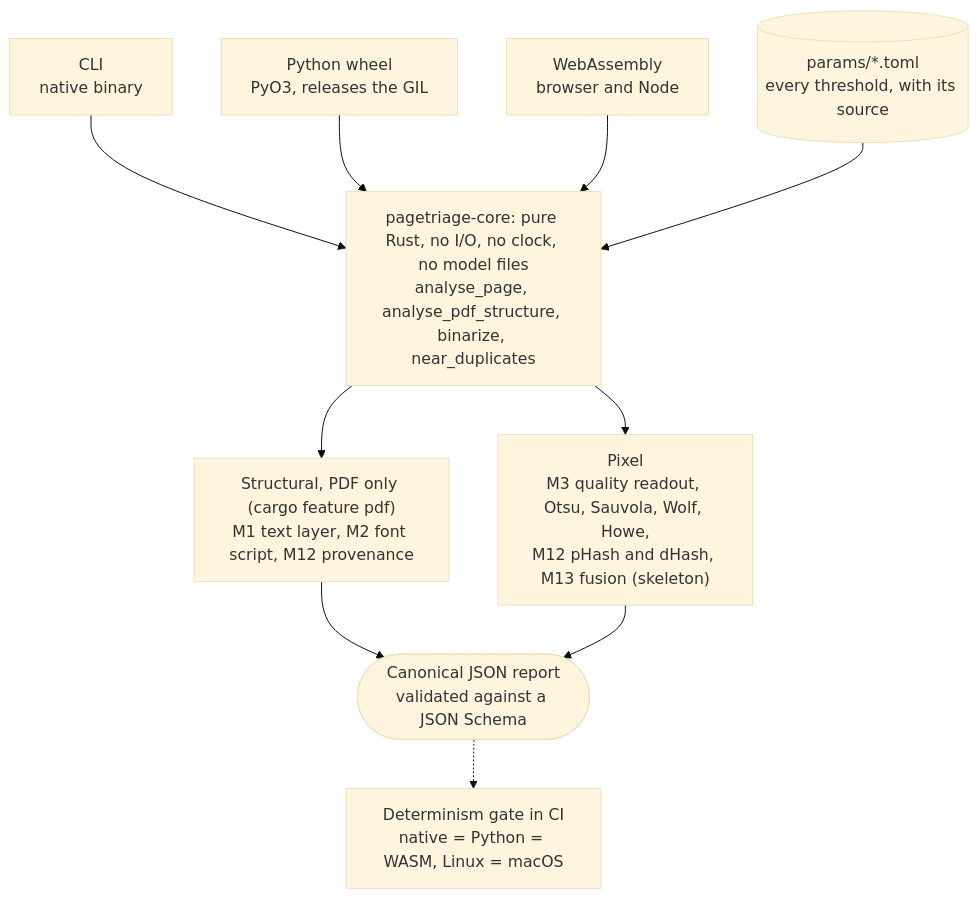
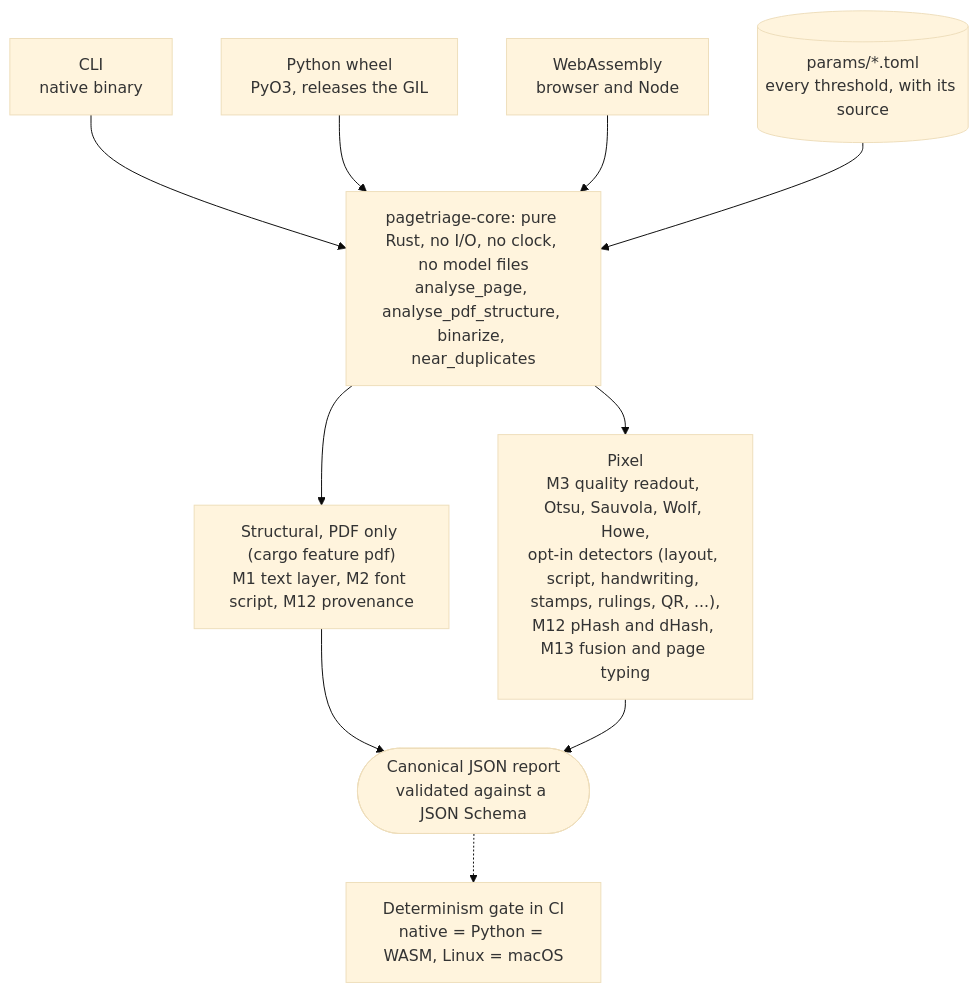
The first of 2 diagrams in README.md (jtushar53/pagetriage), drawn with Mermaid (base theme) before and after one commit. The commit also changed other lines of this file, not shown here.

````diff
--- a/README.md
+++ b/README.md
@@ -199,21 +201,21 @@
 ```mermaid
 flowchart TB
   cli["CLI<br/>native binary"]
   py["Python wheel<br/>PyO3, releases the GIL"]
   wasm["WebAssembly<br/>browser and Node"]
   params[("params/*.toml<br/>every threshold, with its source")]
   core["pagetriage-core: pure Rust, no I/O, no clock, no model files<br/>analyse_page, analyse_pdf_structure, binarize, near_duplicates"]
   structural["Structural, PDF only (cargo feature pdf)<br/>M1 text layer, M2 font script, M12 provenance"]
-  pixel["Pixel<br/>M3 quality readout, Otsu, Sauvola, Wolf, Howe,<br/>M12 pHash and dHash, M13 fusion (skeleton)"]
+  pixel["Pixel<br/>M3 quality readout, Otsu, Sauvola, Wolf, Howe,<br/>opt-in detectors (layout, script, handwriting, stamps, rulings, QR, ...),<br/>M12 pHash and dHash, M13 fusion and page typing"]
   report(["Canonical JSON report<br/>validated against a JSON Schema"])
   gate["Determinism gate in CI<br/>native = Python = WASM, Linux = macOS"]
   cli --> core
   py --> core
   wasm --> core
   params --> core
   core --> structural
   core --> pixel
   structural --> report
   pixel --> report
   report -.-> gate
 ```
````
